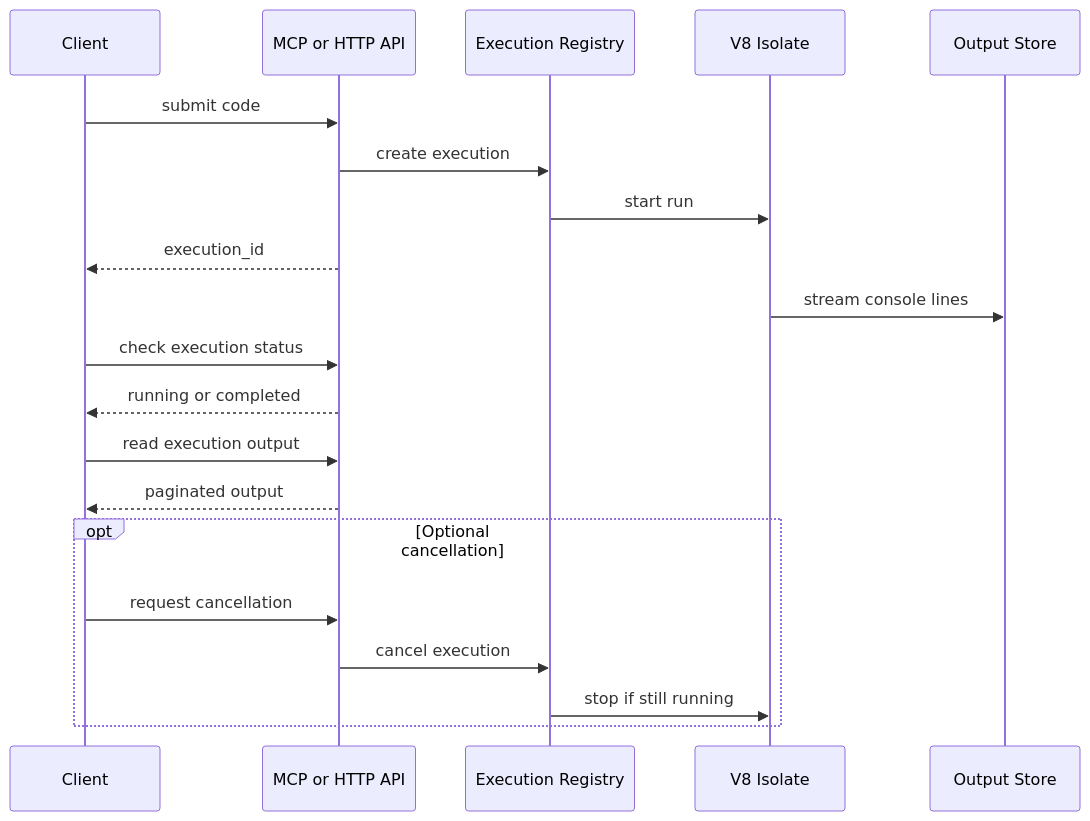
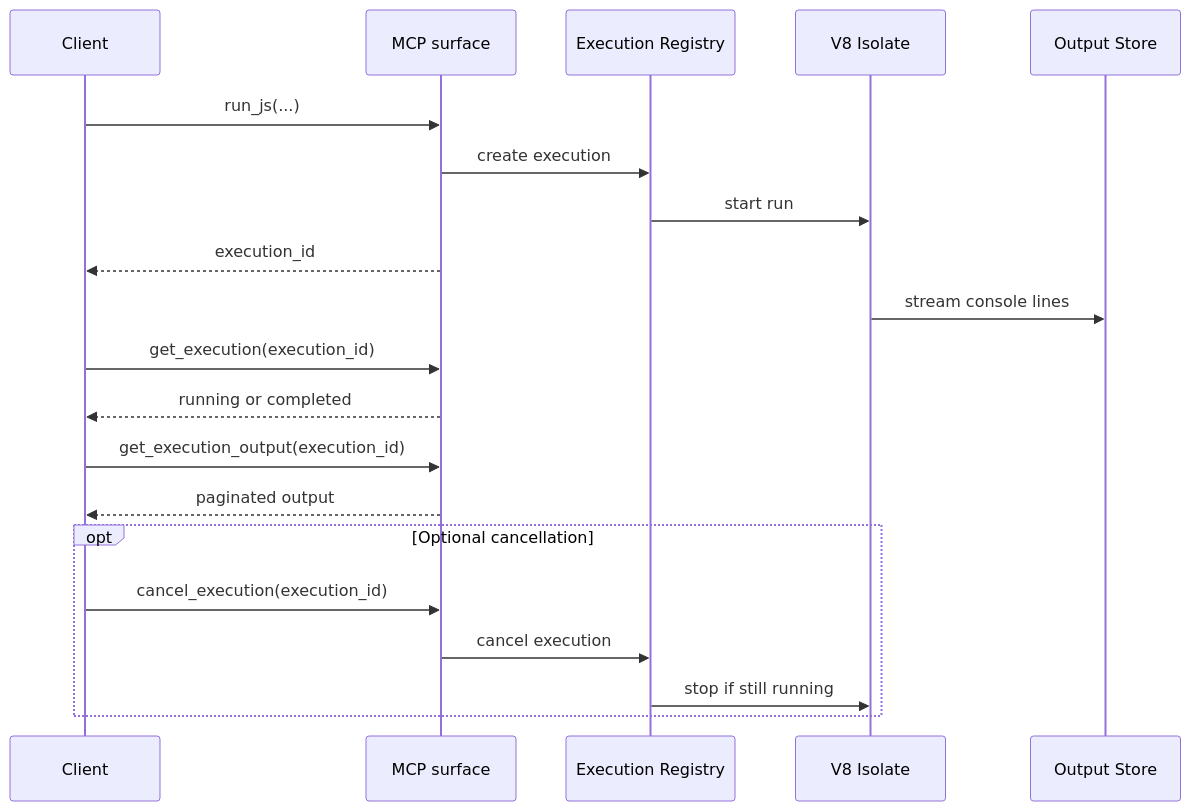
The first of 2 diagrams in site-docs/concepts/execution-model.md (r33drichards/mcp-js), drawn with Mermaid before and after one commit. The commit also changed other lines of this file, not shown here.

Commit message:
docs: expand execution mode examples

````diff
--- a/site-docs/concepts/execution-model.md
+++ b/site-docs/concepts/execution-model.md
@@ -17,23 +19,23 @@
 ```mermaid
 sequenceDiagram
   participant Client
-  participant Interface as MCP or HTTP API
+  participant MCP as MCP surface
   participant Registry as Execution Registry
   participant V8 as V8 Isolate
   participant Output as Output Store
 
-  Client->>Interface: submit code
-  Interface->>Registry: create execution
+  Client->>MCP: run_js(...)
+  MCP->>Registry: create execution
   Registry->>V8: start run
-  Interface-->>Client: execution_id
+  MCP-->>Client: execution_id
   V8->>Output: stream console lines
-  Client->>Interface: check execution status
-  Interface-->>Client: running or completed
-  Client->>Interface: read execution output
-  Interface-->>Client: paginated output
+  Client->>MCP: get_execution(execution_id)
+  MCP-->>Client: running or completed
+  Client->>MCP: get_execution_output(execution_id)
+  MCP-->>Client: paginated output
   opt Optional cancellation
-    Client->>Interface: request cancellation
-    Interface->>Registry: cancel execution
+    Client->>MCP: cancel_execution(execution_id)
+    MCP->>Registry: cancel execution
     Registry->>V8: stop if still running
   end
 ```
````
